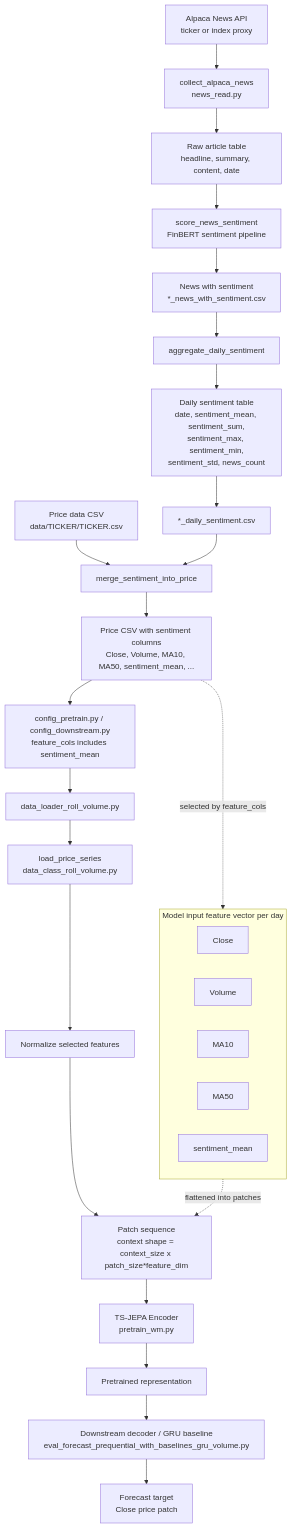
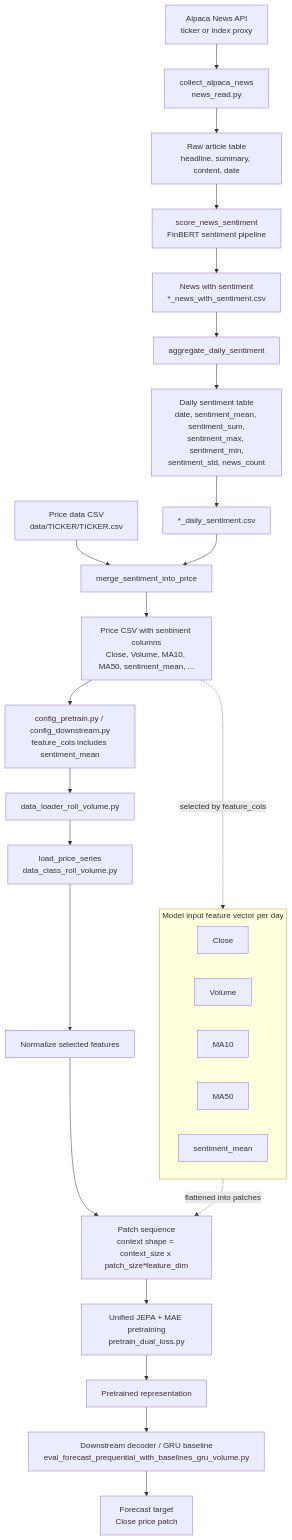
Before and after one commit to xuxu8933/TS_JEPA: the diagram in sentiment_feature_flow.md, drawn with Mermaid. The commit also changed 447 other files, not shown here.

````diff
--- a/sentiment_feature_flow.md
+++ b/sentiment_feature_flow.md
@@ -3,36 +3,36 @@
 ```mermaid
 flowchart TD
     A[Alpaca News API<br/>ticker or index proxy] --> B[collect_alpaca_news<br/>news_read.py]
     B --> C[Raw article table<br/>headline, summary, content, date]
     C --> D[score_news_sentiment<br/>FinBERT sentiment pipeline]
     D --> E[News with sentiment<br/>*_news_with_sentiment.csv]
     E --> F[aggregate_daily_sentiment]
     F --> G[Daily sentiment table<br/>date, sentiment_mean, sentiment_sum,<br/>sentiment_max, sentiment_min,<br/>sentiment_std, news_count]
     G --> H[*_daily_sentiment.csv]
 
     I[Price data CSV<br/>data/TICKER/TICKER.csv] --> J[merge_sentiment_into_price]
     H --> J
     J --> K[Price CSV with sentiment columns<br/>Close, Volume, MA10, MA50, sentiment_mean, ...]
 
     K --> L[config_pretrain.py / config_downstream.py<br/>feature_cols includes sentiment_mean]
     L --> M[data_loader_roll_volume.py]
     M --> N[load_price_series<br/>data_class_roll_volume.py]
     N --> O[Normalize selected features]
     O --> P[Patch sequence<br/>context shape = context_size x patch_size*feature_dim]
 
-    P --> Q[TS-JEPA Encoder<br/>pretrain_wm.py]
+    P --> Q[Unified JEPA + MAE pretraining<br/>pretrain_dual_loss.py]
     Q --> R[Pretrained representation]
     R --> S[Downstream decoder / GRU baseline<br/>eval_forecast_prequential_with_baselines_gru_volume.py]
     S --> T[Forecast target<br/>Close price patch]
 
     subgraph FeatureVector[Model input feature vector per day]
         U[Close]
         V[Volume]
         W[MA10]
         X[MA50]
         Y[sentiment_mean]
     end
 
     K -. selected by feature_cols .-> FeatureVector
     FeatureVector -. flattened into patches .-> P
 ```
````
